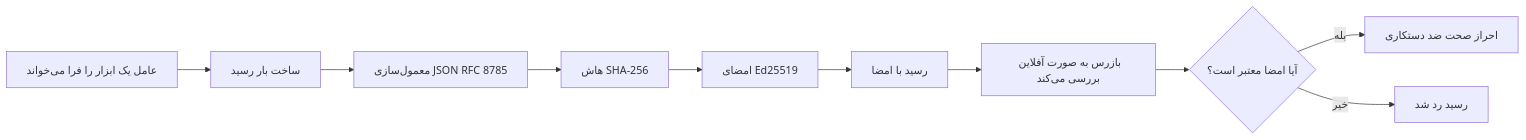
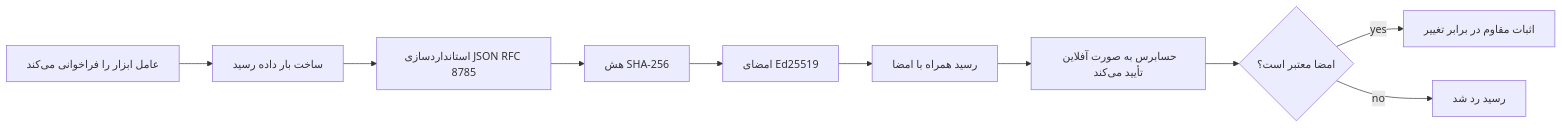
Before and after one commit to gabrielmoreira/agent-skills-mirror: the first of 2 diagrams in mirrors/repos/microsoft@ai-agents-for-beginners/translations/fa/18-securing-ai-agents/README.md, drawn with Mermaid. The commit also changed other lines of this file and 8886 other files, not shown here.

````diff
--- a/mirrors/repos/microsoft@ai-agents-for-beginners/translations/fa/18-securing-ai-agents/README.md
+++ b/mirrors/repos/microsoft@ai-agents-for-beginners/translations/fa/18-securing-ai-agents/README.md
@@ -51,12 +51,12 @@
 ```mermaid
 flowchart LR
-    A[عامل یک ابزار را فرا می‌خواند] --> B[ساخت بار رسید]
-    B --> C[معمول‌سازی JSON RFC 8785]
-    C --> D[هاش SHA-256]
+    A[عامل ابزار را فراخوانی می‌کند] --> B[ساخت بار داده رسید]
+    B --> C[استانداردسازی JSON RFC 8785]
+    C --> D[هش SHA-256]
     D --> E[امضای Ed25519]
-    E --> F[رسید با امضا]
-    F --> G[بازرس به صورت آفلاین بررسی می‌کند]
-    G --> H{آیا امضا معتبر است؟}
-    H -- بله --> I[احراز صحت ضد دستکاری]
-    H -- خیر --> J[رسید رد شد]
+    E --> F[رسید همراه با امضا]
+    F --> G[حسابرس به صورت آفلاین تأیید می‌کند]
+    G --> H{امضا معتبر است؟}
+    H -- yes --> I[اثبات مقاوم در برابر تغییر]
+    H -- no --> J[رسید رد شد]
 ```
````
